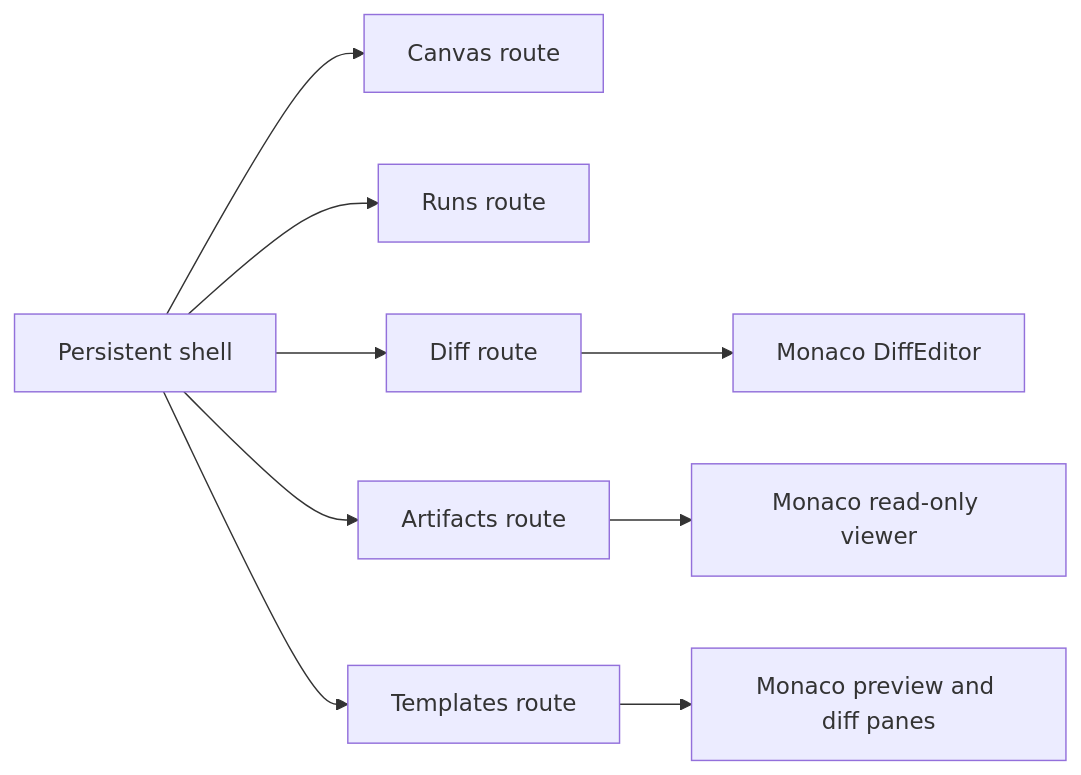
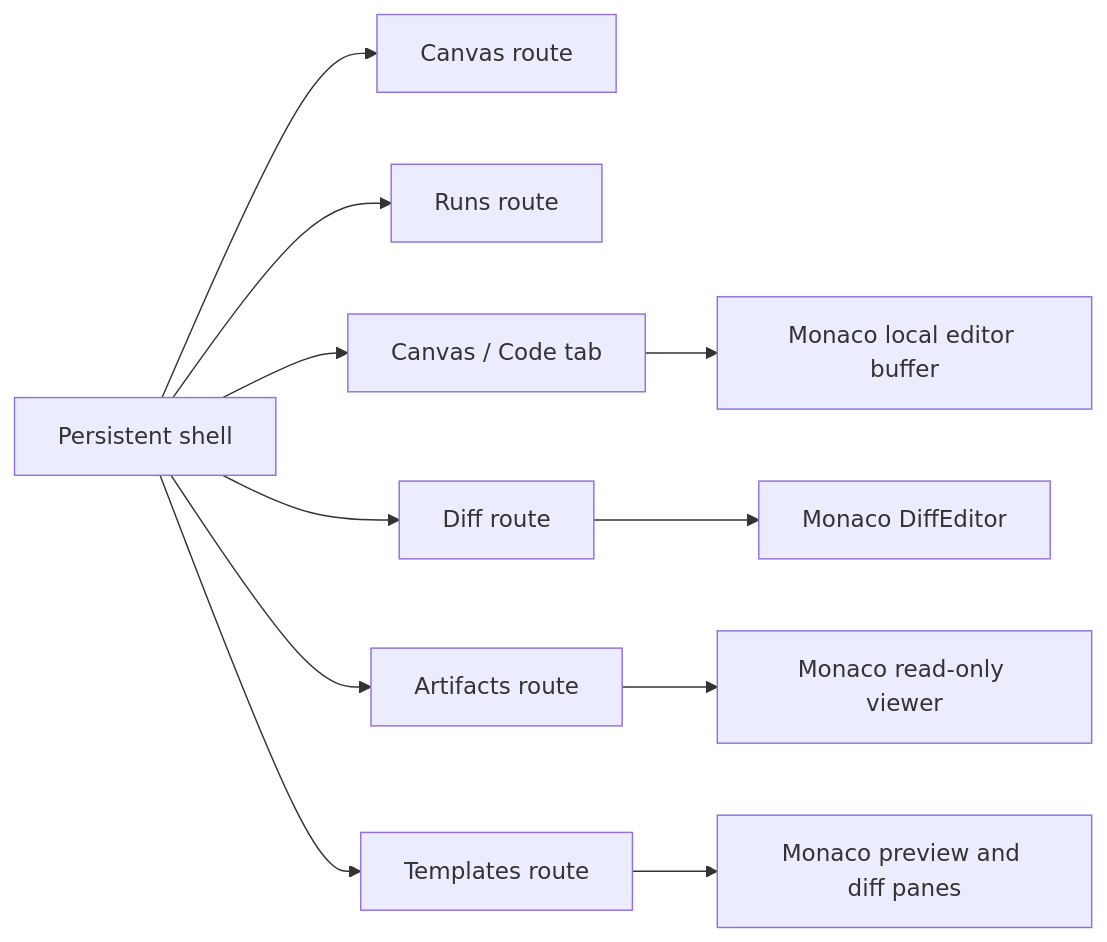
Before and after one commit to dunay2/dvt: the third of 4 diagrams in docs/planning/proposals/monaco-workbench-integration-rationale-20260402.md, drawn with Mermaid. The commit also changed other lines of this file and 29 other files, not shown here.

Commit message:
feat(web): Enable editable Code Monaco buffer

````diff
--- a/docs/planning/proposals/monaco-workbench-integration-rationale-20260402.md
+++ b/docs/planning/proposals/monaco-workbench-integration-rationale-20260402.md
@@ -100,12 +104,14 @@
 ```mermaid
 flowchart LR
   Shell["Persistent shell"] --> Canvas["Canvas route"]
   Shell --> Runs["Runs route"]
+  Shell --> Code["Canvas / Code tab"]
   Shell --> Diff["Diff route"]
   Shell --> Artifacts["Artifacts route"]
   Shell --> Templates["Templates route"]
 
+  Code --> MonacoEditor["Monaco local editor buffer"]
   Diff --> MonacoDiff["Monaco DiffEditor"]
   Artifacts --> MonacoView["Monaco read-only viewer"]
   Templates --> MonacoPreview["Monaco preview and diff panes"]
 ```
````
